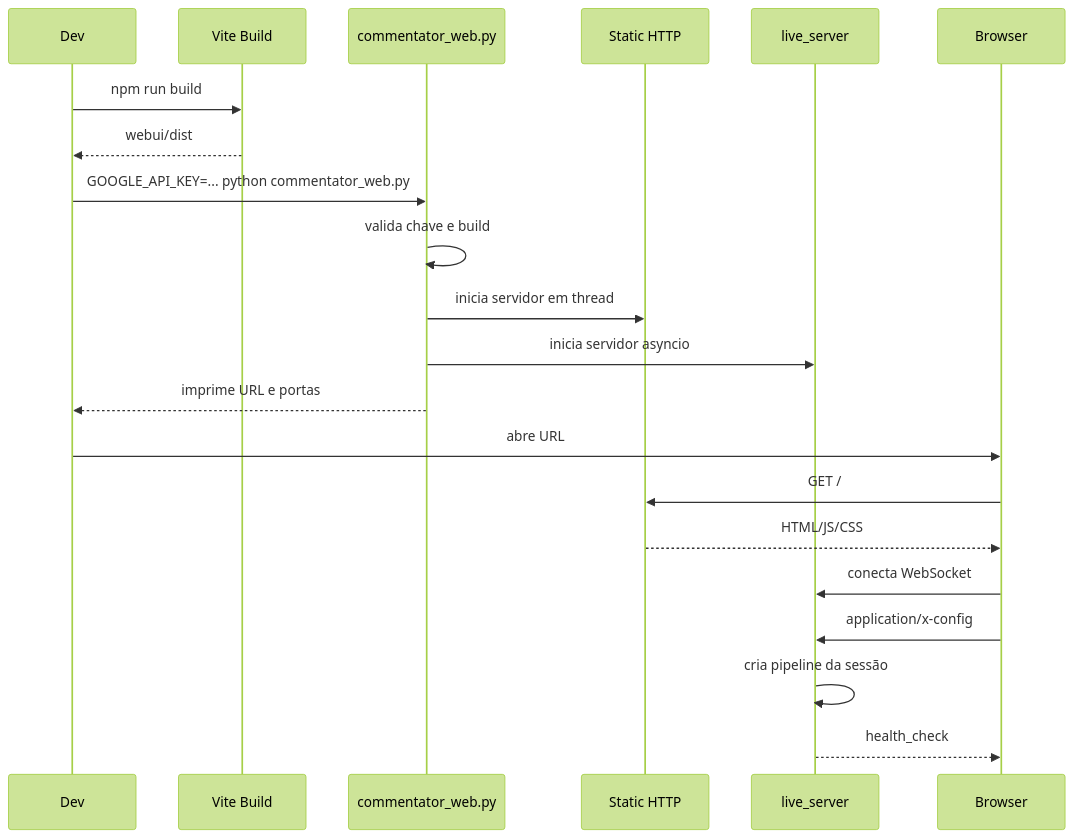
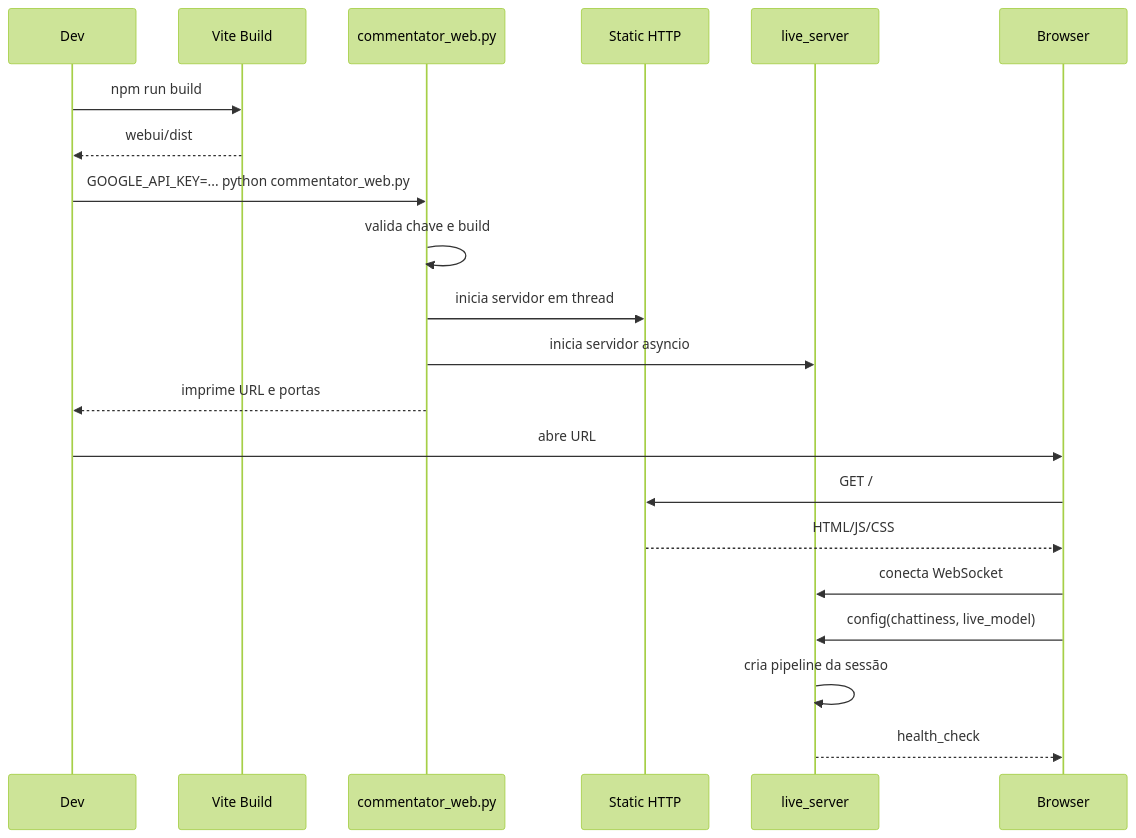
The first of 16 diagrams in WORKFLOW.md (brasalabs6/genai-processors), drawn with Mermaid (forest theme) before and after one commit. The commit also changed other lines of this file and 10 other files, not shown here.

Commit message:
feat(live-commentator): add Live model selector

````diff
--- a/WORKFLOW.md
+++ b/WORKFLOW.md
@@ -12,24 +12,24 @@
 ```mermaid
 sequenceDiagram
   participant Dev
   participant NPM as Vite Build
   participant Launcher as commentator_web.py
   participant HTTP as Static HTTP
   participant WS as live_server
   participant Browser
 
   Dev->>NPM: npm run build
   NPM-->>Dev: webui/dist
   Dev->>Launcher: GOOGLE_API_KEY=... python commentator_web.py
   Launcher->>Launcher: valida chave e build
   Launcher->>HTTP: inicia servidor em thread
   Launcher->>WS: inicia servidor asyncio
   Launcher-->>Dev: imprime URL e portas
   Dev->>Browser: abre URL
   Browser->>HTTP: GET /
   HTTP-->>Browser: HTML/JS/CSS
   Browser->>WS: conecta WebSocket
-  Browser->>WS: application/x-config
+  Browser->>WS: config(chattiness, live_model)
   WS->>WS: cria pipeline da sessão
   WS-->>Browser: health_check
 ```
````
